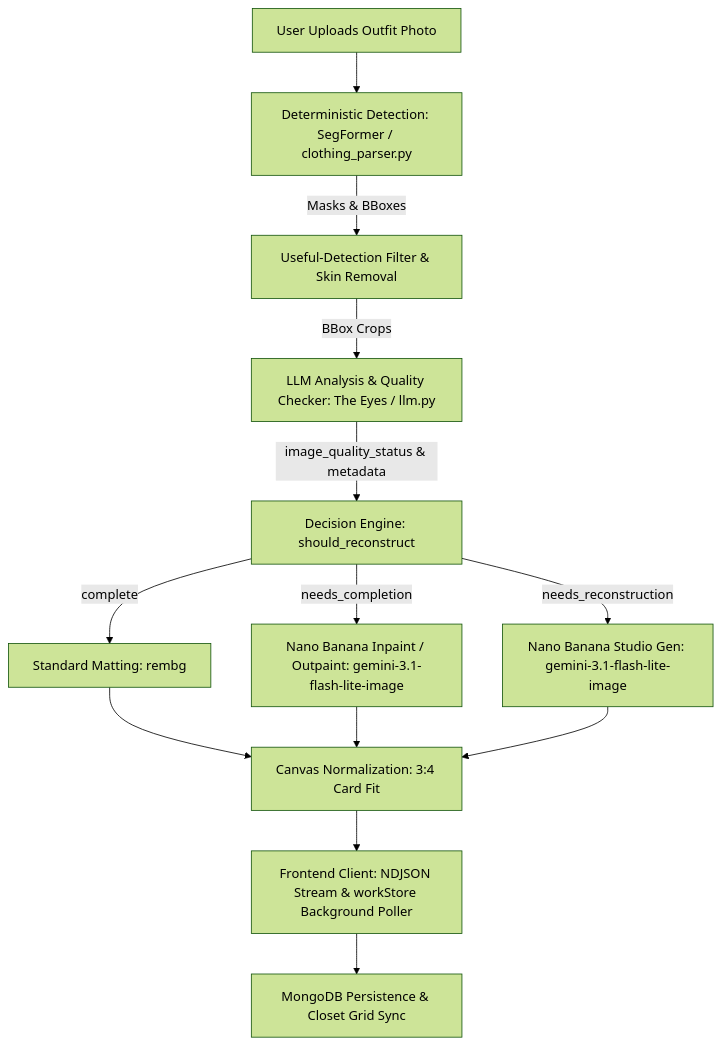
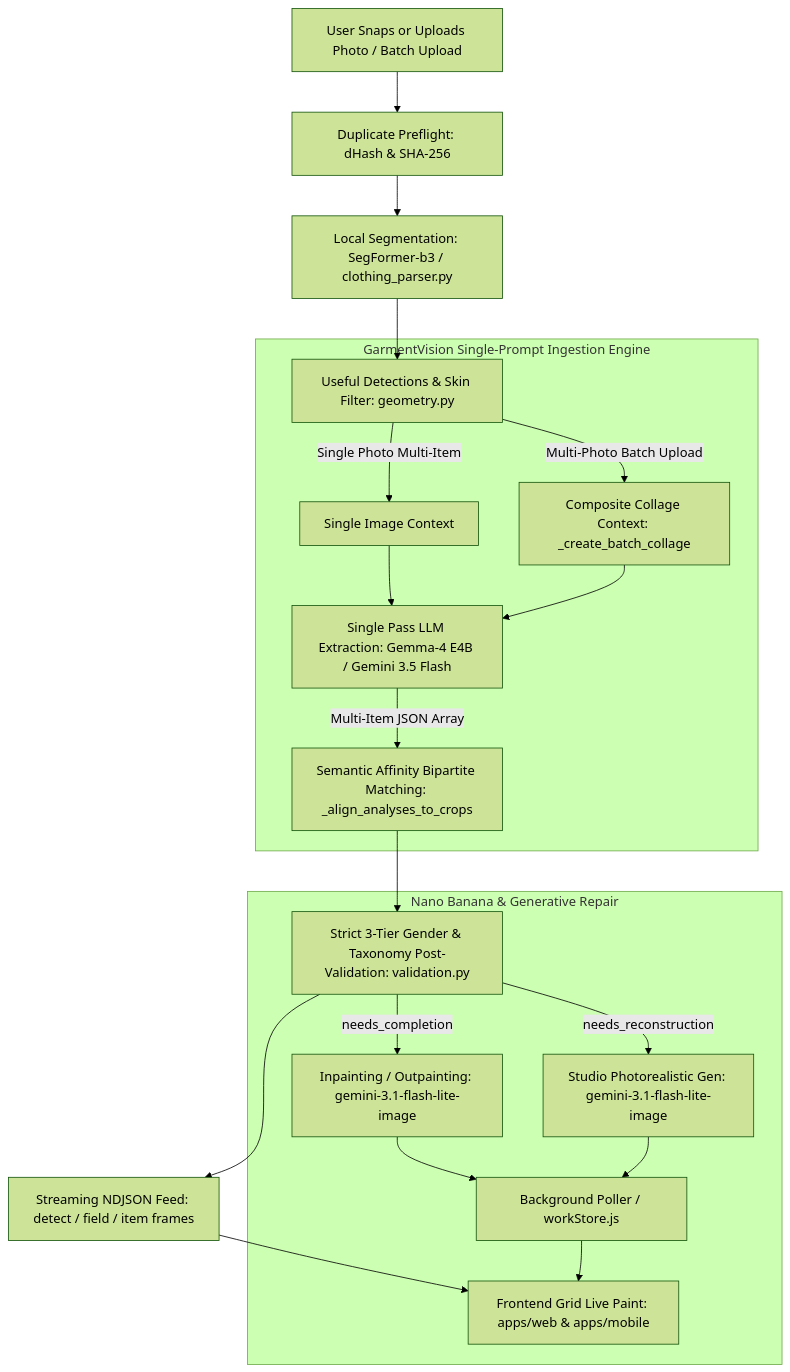
Before and after one commit to Yoram-Jacobs/DressAppV1: the first of 2 diagrams in wiki/en/garmentvision.md, drawn with Mermaid (forest theme). The commit also changed other lines of this file, not shown here.

Commit message:
docs(vision): update GarmentVision architecture and user manual with 6 canonical rules

````diff
--- a/wiki/en/garmentvision.md
+++ b/wiki/en/garmentvision.md
@@ -18,17 +18,26 @@
 ```mermaid
 graph TD
-    A[User Uploads Outfit Photo] --> B[Deterministic Detection: SegFormer / clothing_parser.py]
-    B -->|Masks & BBoxes| C[Useful-Detection Filter & Skin Removal]
-    C -->|BBox Crops| D[LLM Analysis & Quality Checker: The Eyes / llm.py]
-    D -->|image_quality_status & metadata| E[Decision Engine: should_reconstruct]
+    A[User Snaps or Uploads Photo / Batch Upload] --> B[Duplicate Preflight: dHash & SHA-256]
+    B --> C[Local Segmentation: SegFormer-b3 / clothing_parser.py]
+    C --> D[Useful Detections & Skin Filter: geometry.py]
     
-    E -->|complete| F[Standard Matting: rembg]
-    E -->|needs_completion| G[Nano Banana Inpaint / Outpaint: gemini-3.1-flash-lite-image]
-    E -->|needs_reconstruction| H[Nano Banana Studio Gen: gemini-3.1-flash-lite-image]
+    subgraph SinglePromptIngestion ["GarmentVision Single-Prompt Ingestion Engine"]
+        D -->|Single Photo Multi-Item| E[Single Image Context]
+        D -->|Multi-Photo Batch Upload| F[Composite Collage Context: _create_batch_collage]
+        E --> G[Single Pass LLM Extraction: Gemma-4 E4B / Gemini 3.5 Flash]
+        F --> G
+        G -->|Multi-Item JSON Array| H[Semantic Affinity Bipartite Matching: _align_analyses_to_crops]
+    end
     
-    F --> I[Canvas Normalization: 3:4 Card Fit]
-    G --> I
-    H --> I
-    I --> J[Frontend Client: NDJSON Stream & workStore Background Poller]
-    J --> K[MongoDB Persistence & Closet Grid Sync]
+    H --> I[Strict 3-Tier Gender & Taxonomy Post-Validation: validation.py]
+    I --> J[Streaming NDJSON Feed: detect / field / item frames]
+    J --> K[Frontend Grid Live Paint: apps/web & apps/mobile]
+    
+    subgraph GenerativeRepair ["Nano Banana & Generative Repair"]
+        I -->|needs_completion| L[Inpainting / Outpainting: gemini-3.1-flash-lite-image]
+        I -->|needs_reconstruction| M[Studio Photorealistic Gen: gemini-3.1-flash-lite-image]
+        L --> N[Background Poller / workStore.js]
+        M --> N
+        N --> K
+    end
 ```
````
